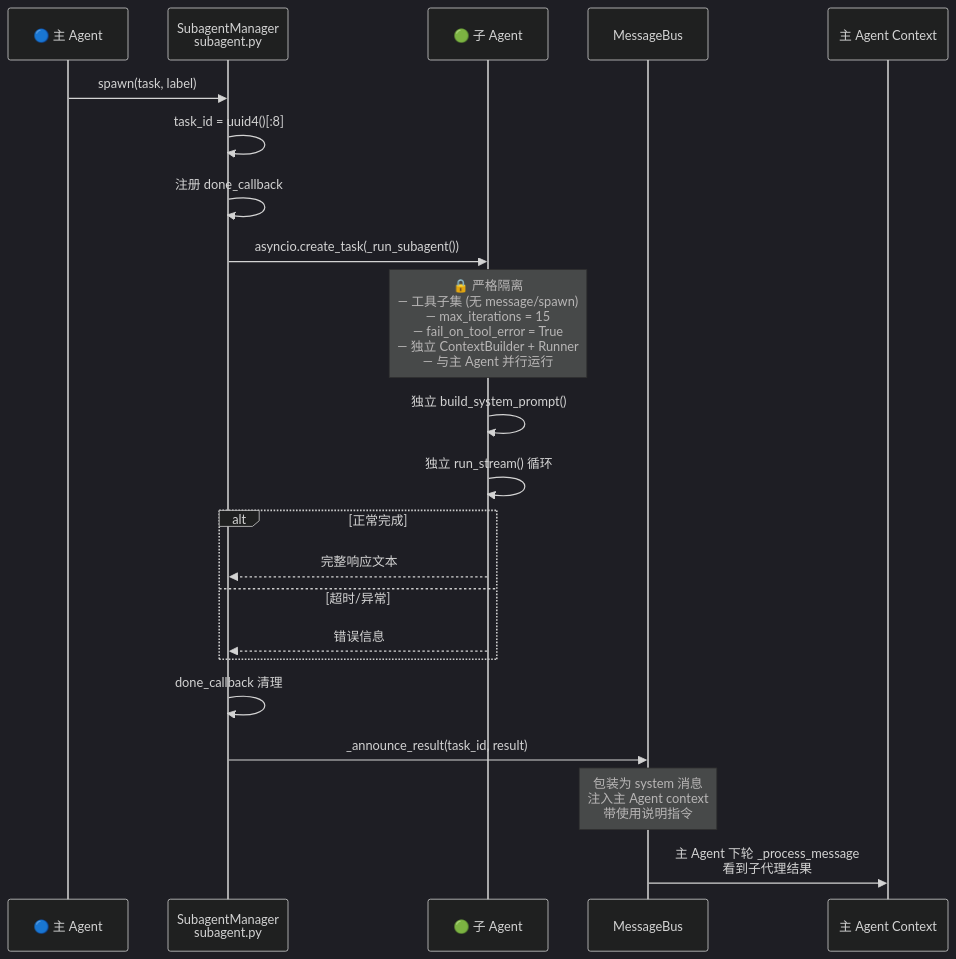
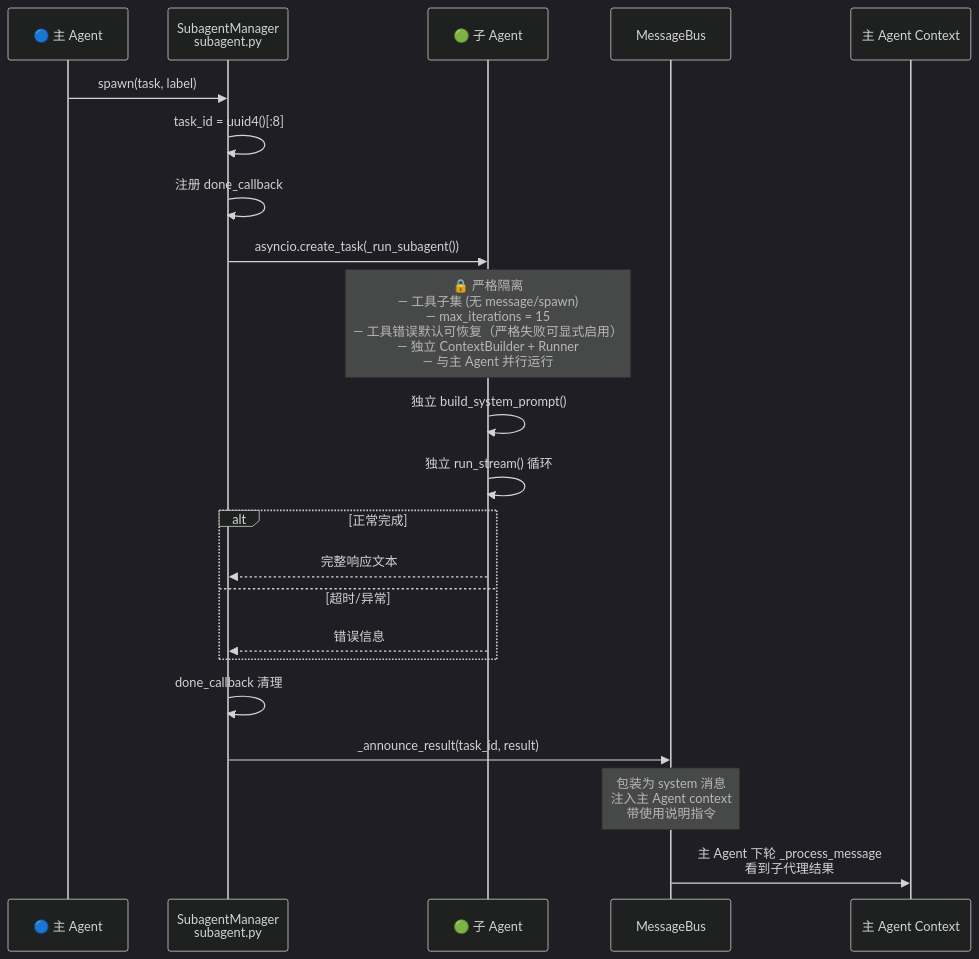
One commit to liqingming/nanobot changed the sixth of 9 diagrams in nanobot/EXECUTION_FLOW.md. Above: the diagram before and after it, drawn with Mermaid (dark theme). The commit also changed 6 other files, not shown here.

````diff
--- a/nanobot/EXECUTION_FLOW.md
+++ b/nanobot/EXECUTION_FLOW.md
@@ -224,30 +224,30 @@
 ```mermaid
 sequenceDiagram
     participant Main as 🔵 主 Agent
     participant SM as SubagentManager<br/>subagent.py
     participant SA as 🟢 子 Agent
     participant Bus as MessageBus
     participant Context as 主 Agent Context
 
     Main->>SM: spawn(task, label)
     SM->>SM: task_id = uuid4()[:8]
     SM->>SM: 注册 done_callback
     SM->>SA: asyncio.create_task(_run_subagent())
     
-    Note over SA: 🔒 严格隔离<br/>— 工具子集 (无 message/spawn)<br/>— max_iterations = 15<br/>— fail_on_tool_error = True<br/>— 独立 ContextBuilder + Runner<br/>— 与主 Agent 并行运行
+    Note over SA: 🔒 严格隔离<br/>— 工具子集 (无 message/spawn)<br/>— max_iterations = 15<br/>— 工具错误默认可恢复（严格失败可显式启用）<br/>— 独立 ContextBuilder + Runner<br/>— 与主 Agent 并行运行
 
     SA->>SA: 独立 build_system_prompt()
     SA->>SA: 独立 run_stream() 循环
 
     alt 正常完成
         SA-->>SM: 完整响应文本
     else 超时/异常
         SA-->>SM: 错误信息
     end
 
     SM->>SM: done_callback 清理
     SM->>Bus: _announce_result(task_id, result)
     Note over Bus: 包装为 system 消息<br/>注入主 Agent context<br/>带使用说明指令
 
     Bus->>Context: 主 Agent 下轮 _process_message<br/>看到子代理结果
 ```
````
